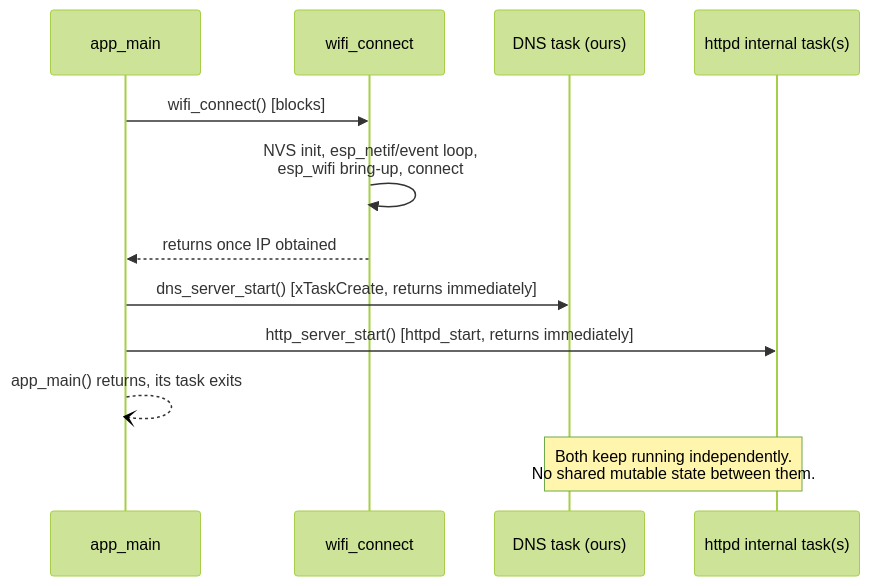
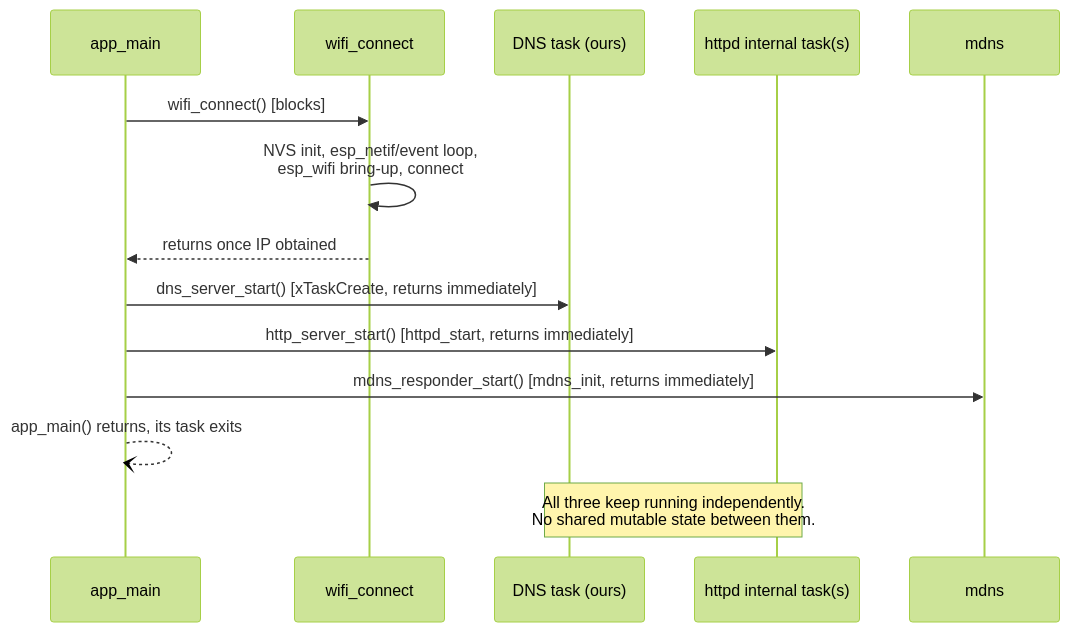
Before and after one commit to RndmCodeGuy20/mini_dns: the diagram in ARCHITECTURE.md, drawn with Mermaid (forest theme). The commit also changed other lines of this file and 18 other files, not shown here.

First line of the commit message:
feat(dns): add Prometheus metrics and mDNS responder (edge DNS phases 3-4)

````diff
--- a/ARCHITECTURE.md
+++ b/ARCHITECTURE.md
@@ -16,15 +16,16 @@
 ```mermaid
 sequenceDiagram
     participant app_main
     participant wifi_connect
     participant dns_task as DNS task (ours)
     participant httpd as httpd internal task(s)
 
     app_main->>wifi_connect: wifi_connect() [blocks]
     wifi_connect->>wifi_connect: NVS init, esp_netif/event loop,<br/>esp_wifi bring-up, connect
     wifi_connect-->>app_main: returns once IP obtained
     app_main->>dns_task: dns_server_start() [xTaskCreate, returns immediately]
     app_main->>httpd: http_server_start() [httpd_start, returns immediately]
+    app_main->>mdns: mdns_responder_start() [mdns_init, returns immediately]
     app_main--)app_main: app_main() returns, its task exits
-    Note over dns_task,httpd: Both keep running independently.<br/>No shared mutable state between them.
+    Note over dns_task,httpd: All three keep running independently.<br/>No shared mutable state between them.
 ```
````
